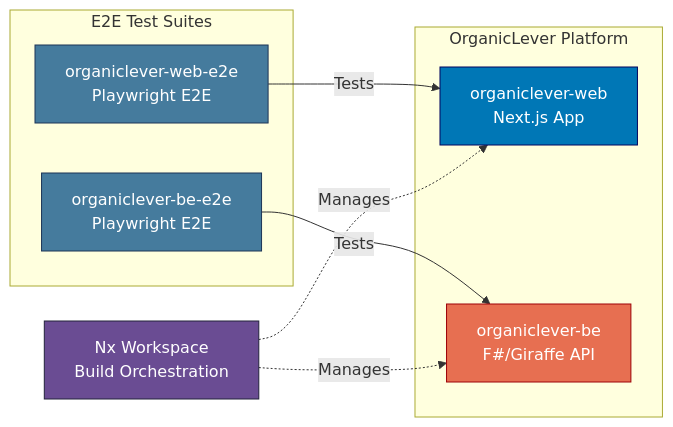
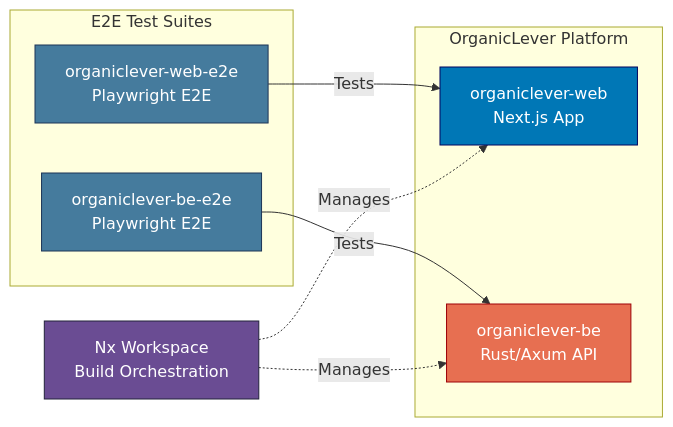
Before and after one commit to wahidyankf/baseerah: the second of 2 diagrams in docs/reference/system-architecture/applications.md, drawn with Mermaid. The commit also changed other lines of this file and 20 other files, not shown here.

````diff
--- a/docs/reference/system-architecture/applications.md
+++ b/docs/reference/system-architecture/applications.md
@@ -220,25 +220,25 @@
 ```mermaid
 graph LR
     subgraph "OrganicLever Platform"
         OL_FE[organiclever-web<br/>Next.js App]
-        OL_BE[organiclever-be<br/>F#/Giraffe API]
+        OL_BE[organiclever-be<br/>Rust/Axum API]
     end
 
     subgraph "E2E Test Suites"
         OL_FE_E2E[organiclever-web-e2e<br/>Playwright E2E]
         OL_BE_E2E[organiclever-be-e2e<br/>Playwright E2E]
     end
 
     NX[Nx Workspace<br/>Build Orchestration]
 
     OL_FE_E2E -->|Tests| OL_FE
     OL_BE_E2E -->|Tests| OL_BE
     NX -.->|Manages| OL_FE
     NX -.->|Manages| OL_BE
 
     style OL_FE fill:#0077b6,stroke:#03045e,color:#ffffff
     style OL_BE fill:#e76f51,stroke:#9d0208,color:#ffffff
     style OL_FE_E2E fill:#457b9d,stroke:#1d3557,color:#ffffff
     style OL_BE_E2E fill:#457b9d,stroke:#1d3557,color:#ffffff
     style NX fill:#6a4c93,stroke:#22223b,color:#ffffff
 ```
````
